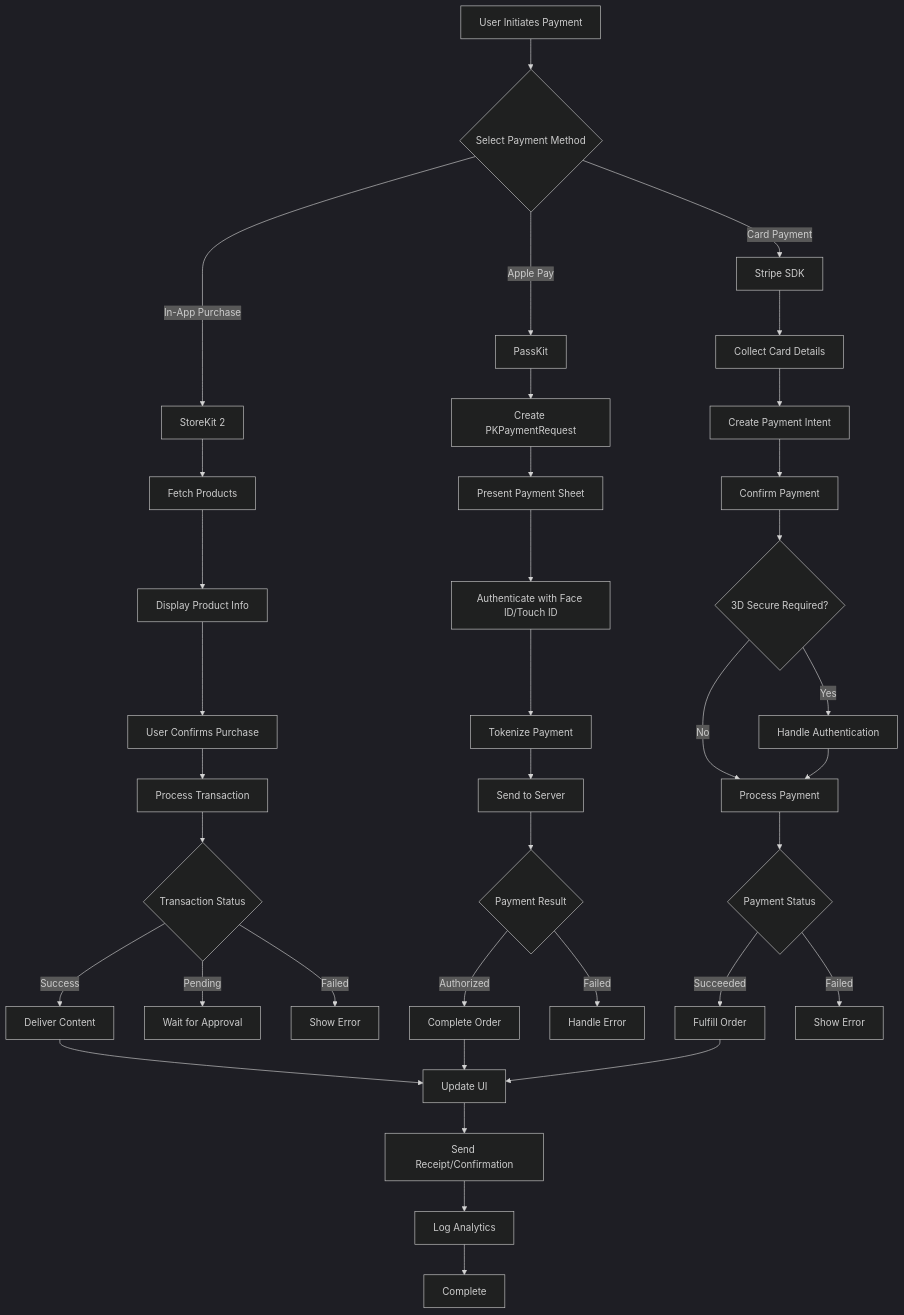
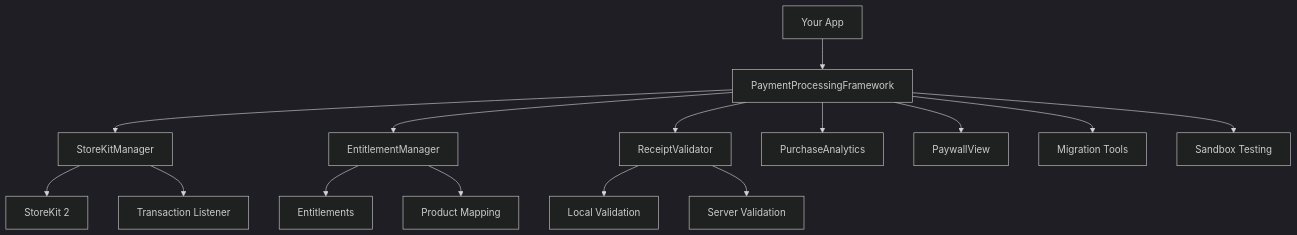
The diagram in README.md (muhittincamdali/iOS-Payment-Processing-Framework), drawn with Mermaid (dark theme) before and after one commit. The commit also changed other lines of this file and 16 other files, not shown here.

First line of the commit message:
feat: complete StoreKit 2 framework with enterprise features

````diff
--- a/README.md
+++ b/README.md
@@ -100,45 +386,22 @@
 ```mermaid
-flowchart TD
-    A[User Initiates Payment] --> B{Select Payment Method}
+graph TD
+    A[Your App] --> B[PaymentProcessingFramework]
     
-    B -->|In-App Purchase| C[StoreKit 2]
-    B -->|Apple Pay| D[PassKit]
-    B -->|Card Payment| E[Stripe SDK]
+    B --> C[StoreKitManager]
+    B --> D[EntitlementManager]
+    B --> E[ReceiptValidator]
+    B --> F[PurchaseAnalytics]
     
-    C --> C1[Fetch Products]
-    C1 --> C2[Display Product Info]
-    C2 --> C3[User Confirms Purchase]
-    C3 --> C4[Process Transaction]
-    C4 --> C5{Transaction Status}
-    C5 -->|Success| C6[Deliver Content]
-    C5 -->|Pending| C7[Wait for Approval]
-    C5 -->|Failed| C8[Show Error]
+    C --> G[StoreKit 2]
+    C --> H[Transaction Listener]
     
-    D --> D1[Create PKPaymentRequest]
-    D1 --> D2[Present Payment Sheet]
-    D2 --> D3[Authenticate with Face ID/Touch ID]
-    D3 --> D4[Tokenize Payment]
-    D4 --> D5[Send to Server]
-    D5 --> D6{Payment Result}
-    D6 -->|Authorized| D7[Complete Order]
-    D6 -->|Failed| D8[Handle Error]
+    D --> I[Entitlements]
+    D --> J[Product Mapping]
     
-    E --> E1[Collect Card Details]
-    E1 --> E2[Create Payment Intent]
-    E2 --> E3[Confirm Payment]
-    E3 --> E4{3D Secure Required?}
-    E4 -->|Yes| E5[Handle Authentication]
-    E4 -->|No| E6[Process Payment]
-    E5 --> E6
-    E6 --> E7{Payment Status}
-    E7 -->|Succeeded| E8[Fulfill Order]
-    E7 -->|Failed| E9[Show Error]
+    E --> K[Local Validation]
+    E --> L[Server Validation]
     
-    C6 --> F[Update UI]
-    D7 --> F
-    E8 --> F
-    
-    F --> G[Send Receipt/Confirmation]
-    G --> H[Log Analytics]
-    H --> I[Complete]
+    B --> M[PaywallView]
+    B --> N[Migration Tools]
+    B --> O[Sandbox Testing]
 ```
````
